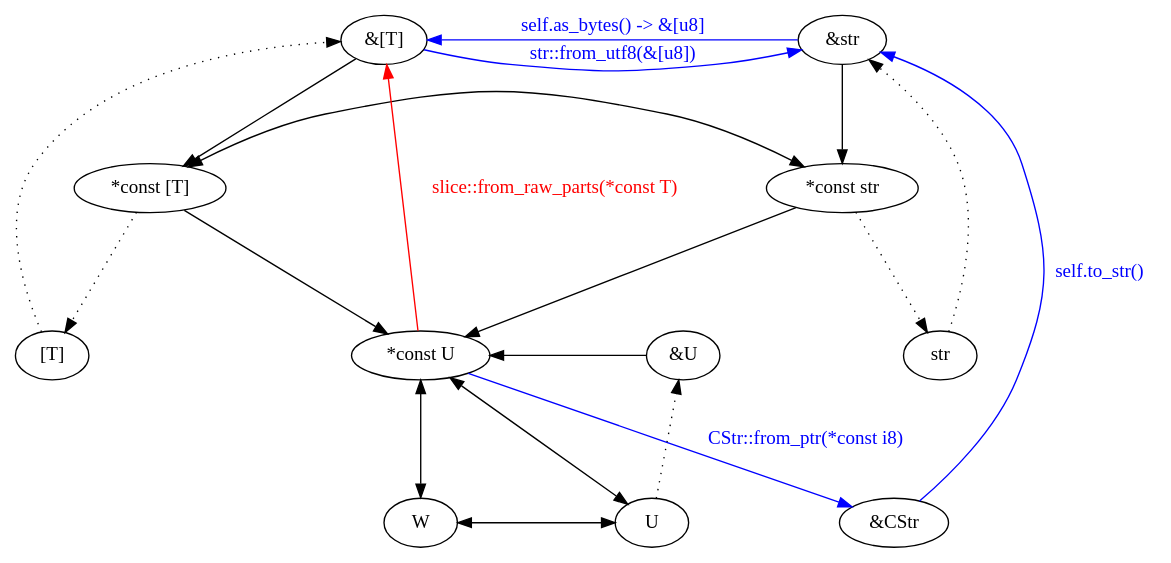
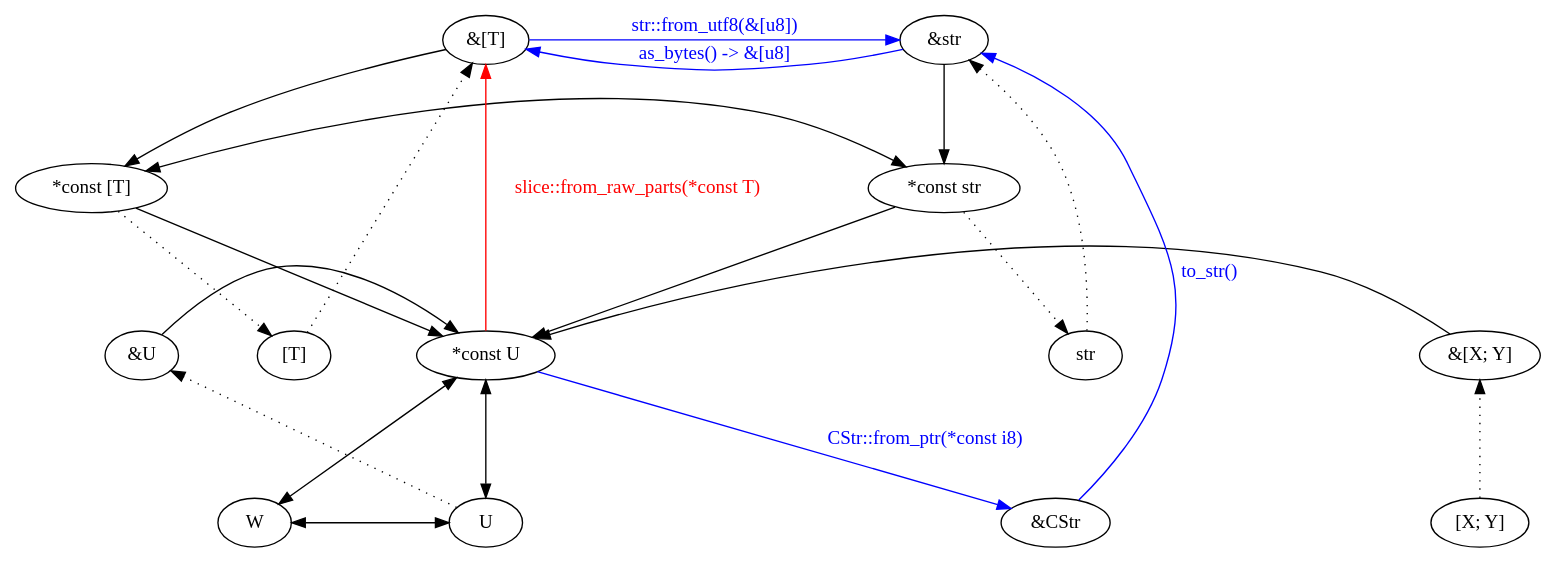
The diagram in cast.gv (RioKato/unsafe-rust), drawn with Graphviz before and after one commit. The commit also changed 1 other file, not shown here.

```diff
--- a/cast.gv
+++ b/cast.gv
@@ -1,25 +1,28 @@
 digraph {
+  node [ordering=out];
   {rank=same; "&[T]"; "&str";}
   {rank=same; "*const [T]"; "*const str";}
-  {rank=same; "&U"; "*const U";}
-  {rank=same; "U"; "W"; "&CStr";}
+  {rank=same; "*const U"; "&[X; Y]"; "&U";}
+  {rank=same; "[X; Y]"; "W"; "U";}
   {rank=same; "[T]"; "str";}
   ranksep=1
   nodesep=0.8
 
   "&[T]" -> "*const [T]" -> "*const U"
   "&str" -> "*const str" -> "*const U"
   "*const [T]" -> "*const str" [dir=both]
   "*const U" -> "W" -> "U" -> "*const U" [dir=both]
-  "*const U" -> "&U" [dir=back]
+  "&[X; Y]" -> "*const U"
+  "&U" -> "*const U"
 
   "U" -> "&U" [style=dotted]
+  "[X; Y]" -> "&[X; Y]" [style=dotted]
   "*const [T]" -> "[T]" -> "&[T]" [style=dotted]
   "*const str" -> "str" -> "&str" [style=dotted]
 
   "*const U" -> "&[T]" [label="slice::from_raw_parts(*const T)", fontcolor=red, color=red]
   "*const U" -> "&CStr" [label="CStr::from_ptr(*const i8)", fontcolor=blue, color=blue]
-  "&CStr" -> "&str" [label="self.to_str()", fontcolor=blue, color=blue]
+  "&CStr" -> "&str" [label="to_str()", fontcolor=blue, color=blue]
   "&[T]" -> "&str" [label="str::from_utf8(&[u8])", fontcolor=blue, color=blue]
-  "&str" -> "&[T]" [label="self.as_bytes() -> &[u8]", fontcolor=blue, color=blue]
+  "&str" -> "&[T]" [label="as_bytes() -> &[u8]", fontcolor=blue, color=blue]
 }
```
